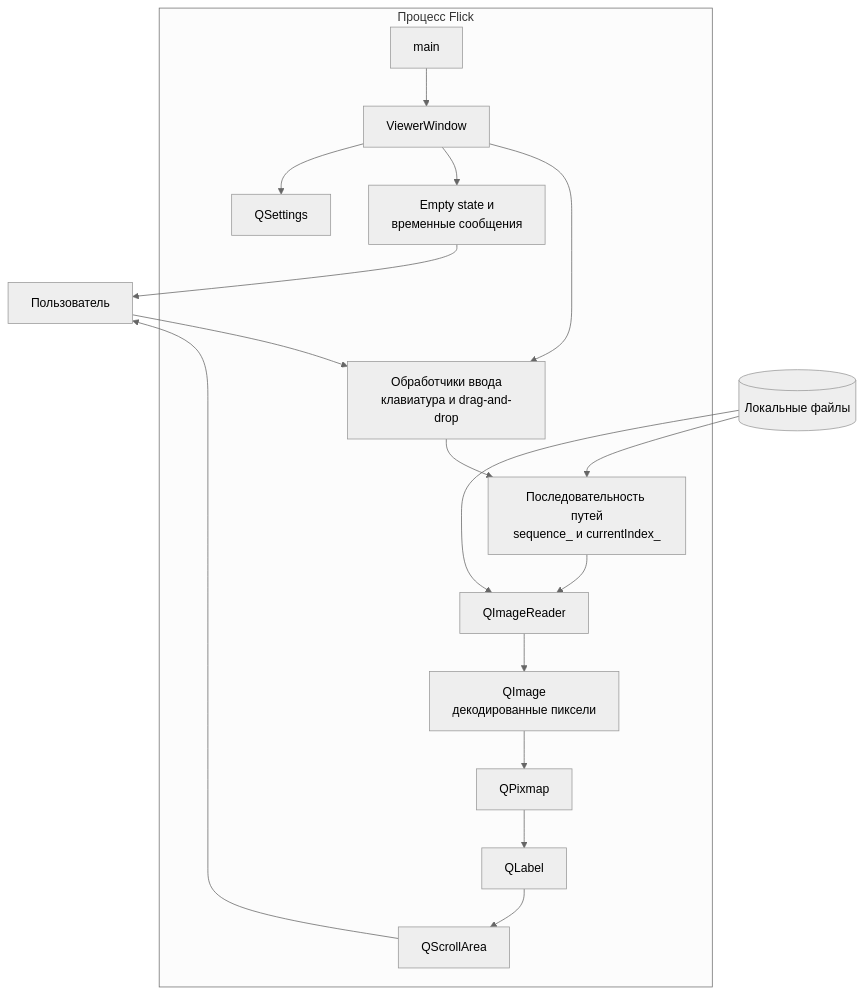
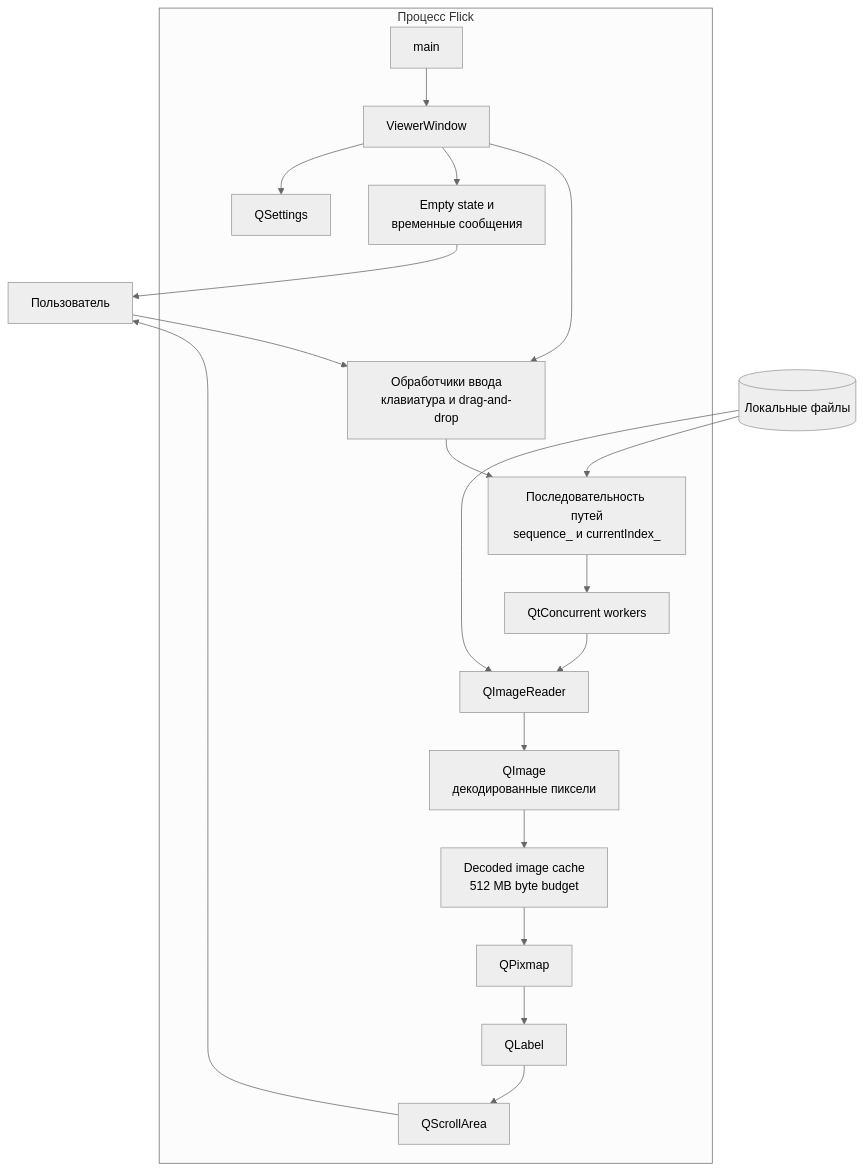
One commit to Lannselot/Flick changed the first of 4 diagrams in docs/architecture.md. Above: the diagram before and after it, drawn with Mermaid (neutral theme). The commit also changed other lines of this file and 5 other files, not shown here.

Commit message:
Implement async image decoding and cache

````diff
--- a/docs/architecture.md
+++ b/docs/architecture.md
@@ -8,35 +8,39 @@
 ```mermaid
 flowchart TB
     User[Пользователь]
 
     subgraph Flick[Процесс Flick]
         Main[main]
         Window[ViewerWindow]
         Input[Обработчики ввода<br/>клавиатура и drag-and-drop]
         Sequence[Последовательность путей<br/>sequence_ и currentIndex_]
+        Workers[QtConcurrent workers]
         Reader[QImageReader]
+        Cache[Decoded image cache<br/>512 MB byte budget]
         Image[QImage<br/>декодированные пиксели]
         Pixmap[QPixmap]
         Label[QLabel]
         Viewport[QScrollArea]
         Feedback[Empty state и<br/>временные сообщения]
         Settings[QSettings]
 
         Main --> Window
         Window --> Input
         Input --> Sequence
-        Sequence --> Reader
+        Sequence --> Workers
+        Workers --> Reader
         Reader --> Image
-        Image --> Pixmap
+        Image --> Cache
+        Cache --> Pixmap
         Pixmap --> Label
         Label --> Viewport
         Window --> Feedback
         Window --> Settings
     end
 
     Files[(Локальные файлы)] --> Sequence
     Files --> Reader
     User --> Input
     Viewport --> User
     Feedback --> User
 ```
````
